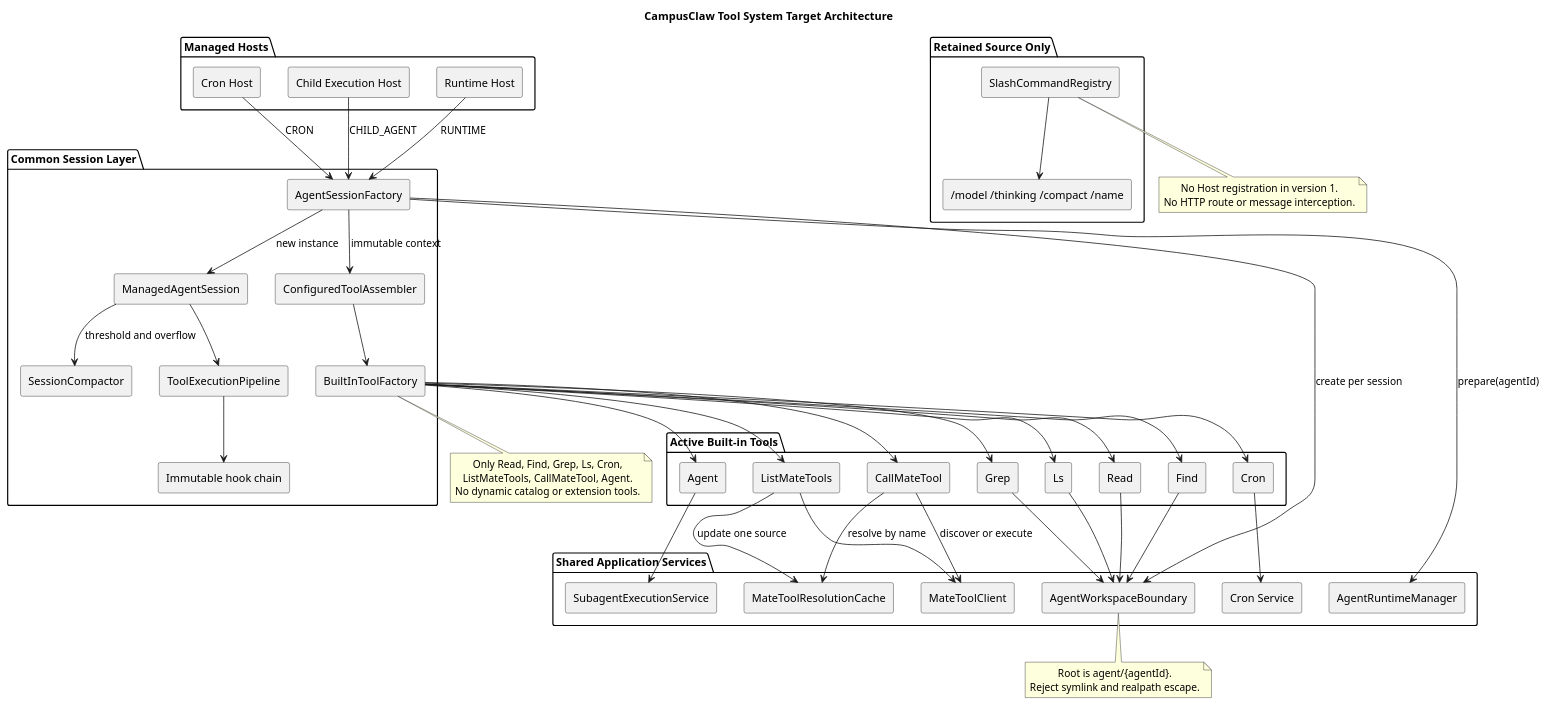
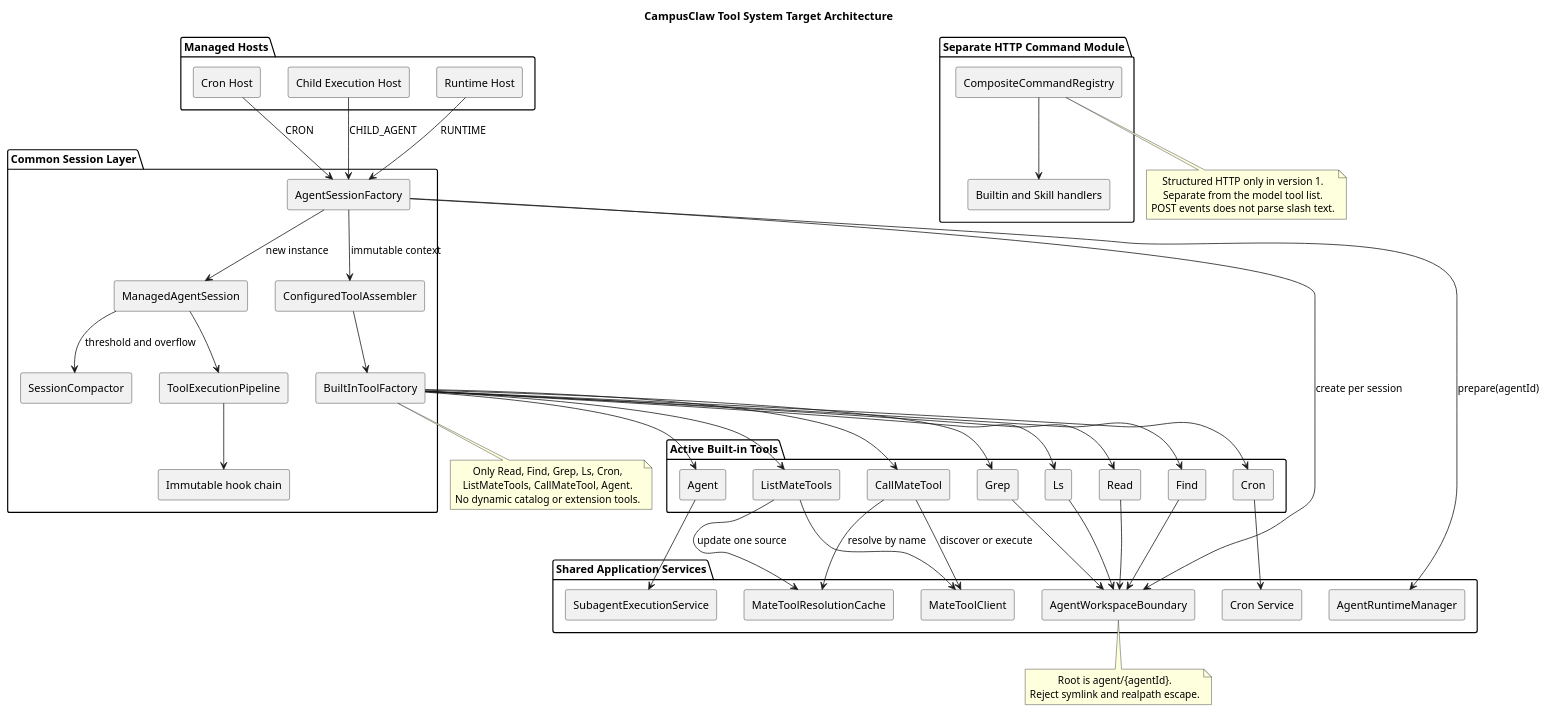
Before and after one commit to ssm0808/pi-mono-java-design: the first of 11 diagrams in 01-总体架构/02-CampusClaw工具系统/diagram.puml, drawn with PlantUML. The commit also changed other lines of this file and 34 other files, not shown here.

Commit message:
docs: simplify slash command design language

```diff
--- a/01-总体架构/02-CampusClaw工具系统/diagram.puml
+++ b/01-总体架构/02-CampusClaw工具系统/diagram.puml
@@ -1,104 +1,105 @@
 @startuml tool_system_architecture
 title CampusClaw Tool System Target Architecture
 skinparam componentStyle rectangle
 skinparam shadowing false
 skinparam defaultTextAlignment center
 
 ' Source evidence (CampusClaw d649866):
 ' modules/agent-core/src/main/java/com/campusclaw/agent/tool/AgentTool.java: AgentTool
 ' modules/agent-core/src/main/java/com/campusclaw/agent/tool/ToolExecutionPipeline.java: execute, executeAll
 ' modules/coding-agent-cli/src/main/java/com/campusclaw/codingagent/session/AgentSession.java: initialize, configureRuntimeTools
 ' PR 167 f60cc3e: TUI/CLI removal diff deleted entry-independent session capabilities.
 ' Observed behavior: the current CLI session combines catalogs, reload, skills,
 ' delegation, and tool assembly; the Runtime path has separate assembly logic.
 ' Design reason: one closed factory and one light session factory keep all managed
 ' entry points aligned while Hosts retain their own persistence and lifecycle.
 
 package "Managed Hosts" {
   [Runtime Host] as RuntimeHost
   [Cron Host] as CronHost
   [Child Execution Host] as ChildHost
 }
 
 package "Common Session Layer" {
   [AgentSessionFactory] as SessionFactory
   [ManagedAgentSession] as Session
   [SessionCompactor] as Compactor
   [ConfiguredToolAssembler] as Assembler
   [BuiltInToolFactory] as ToolFactory
   [ToolExecutionPipeline] as Pipeline
   [Immutable hook chain] as Hooks
 }
 
-package "Retained Source Only" {
-  [SlashCommandRegistry] as Slash
-  [/model /thinking /compact /name] as SlashHandlers
+package "Separate HTTP Command Module" {
+  [CompositeCommandRegistry] as Slash
+  [Builtin and Skill handlers] as SlashHandlers
 }
 
 package "Active Built-in Tools" {
   [Read]
   [Find]
   [Grep]
   [Ls]
   [Cron]
   [ListMateTools]
   [CallMateTool]
   [Agent]
 }
 
 package "Shared Application Services" {
   [AgentRuntimeManager] as RuntimeManager
   [AgentWorkspaceBoundary] as Workspace
   [MateToolClient] as MateClient
   [MateToolResolutionCache] as MateCache
   [Cron Service] as CronService
   [SubagentExecutionService] as ChildService
 }
 
 RuntimeHost --> SessionFactory : RUNTIME
 CronHost --> SessionFactory : CRON
 ChildHost --> SessionFactory : CHILD_AGENT
 SessionFactory --> RuntimeManager : prepare(agentId)
 SessionFactory --> Workspace : create per session
 SessionFactory --> Assembler : immutable context
 Assembler --> ToolFactory
 ToolFactory --> Read
 ToolFactory --> Find
 ToolFactory --> Grep
 ToolFactory --> Ls
 ToolFactory --> Cron
 ToolFactory --> ListMateTools
 ToolFactory --> CallMateTool
 ToolFactory --> Agent
 SessionFactory --> Session : new instance
 Session --> Pipeline
 Session --> Compactor : threshold and overflow
 Pipeline --> Hooks
 Slash --> SlashHandlers
 ListMateTools --> MateClient
 ListMateTools --> MateCache : update one source
 CallMateTool --> MateCache : resolve by name
 CallMateTool --> MateClient : discover or execute
 Cron --> CronService
 Agent --> ChildService
 Read --> Workspace
 Find --> Workspace
 Grep --> Workspace
 Ls --> Workspace
 
 note bottom of ToolFactory
 Only Read, Find, Grep, Ls, Cron,
 ListMateTools, CallMateTool, Agent.
 No dynamic catalog or extension tools.
 end note
 
 note bottom of Workspace
 Root is agent/{agentId}.
 Reject symlink and realpath escape.
 end note
 
 note bottom of Slash
-No Host registration in version 1.
-No HTTP route or message interception.
+Structured HTTP only in version 1.
+Separate from the model tool list.
+POST events does not parse slash text.
 end note
 @enduml
```
